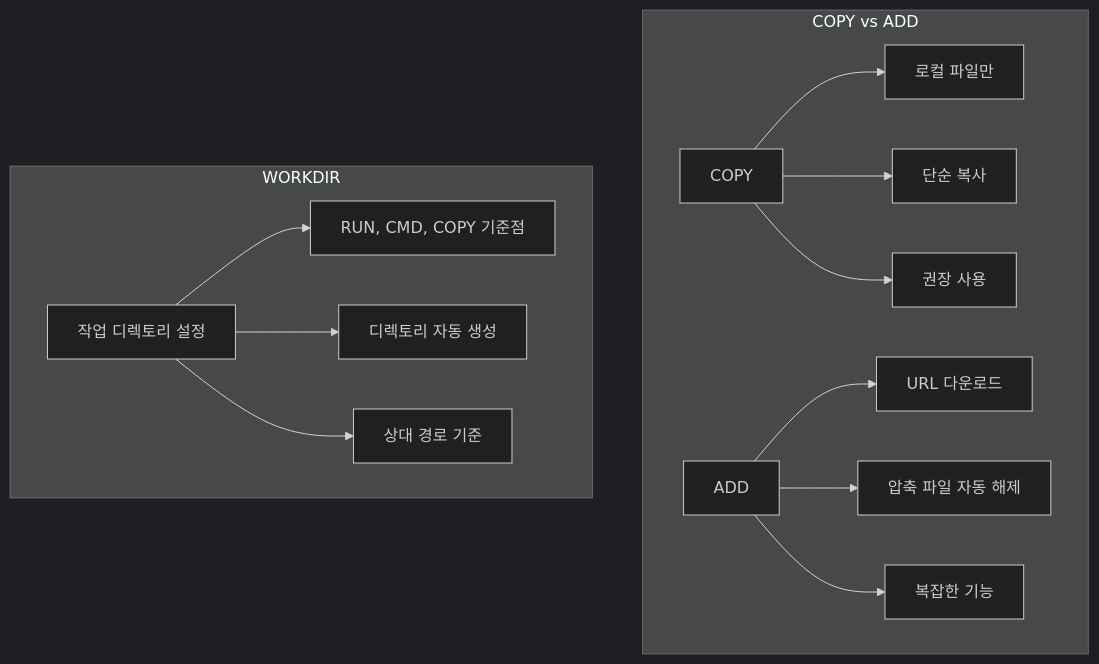
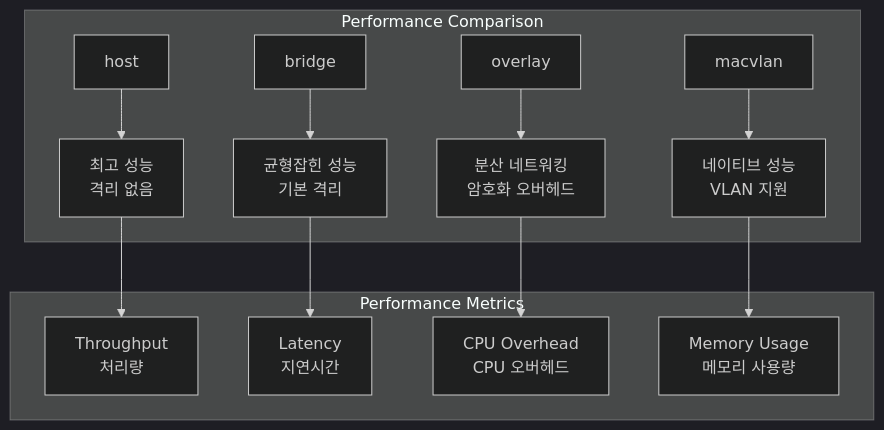
One commit to niceguy61/kdt_devops_lecture_2025 changed the first of 2 diagrams in week_02/day_02/session_03.md. Above: the diagram before and after it, drawn with Mermaid (dark theme). The commit also changed other lines of this file and 41 other files, not shown here.

````diff
--- a/week_02/day_02/session_03.md
+++ b/week_02/day_02/session_03.md
@@ -15,18 +15,21 @@
 ```mermaid
 graph TB
-    subgraph "COPY vs ADD"
-        A[COPY] --> B[로컬 파일만]
-        A --> C[단순 복사]
-        A --> D[권장 사용]
-        
-        E[ADD] --> F[URL 다운로드]
-        E --> G[압축 파일 자동 해제]
-        E --> H[복잡한 기능]
+    subgraph "Performance Comparison"
+        A[host] --> B[최고 성능<br/>격리 없음]
+        C[bridge] --> D[균형잡힌 성능<br/>기본 격리]
+        E[overlay] --> F[분산 네트워킹<br/>암호화 오버헤드]
+        G[macvlan] --> H[네이티브 성능<br/>VLAN 지원]
     end
     
-    subgraph "WORKDIR"
-        I[작업 디렉토리 설정] --> J[RUN, CMD, COPY 기준점]
-        I --> K[디렉토리 자동 생성]
-        I --> L[상대 경로 기준]
+    subgraph "Performance Metrics"
+        I[Throughput<br/>처리량]
+        J[Latency<br/>지연시간]
+        K[CPU Overhead<br/>CPU 오버헤드]
+        L[Memory Usage<br/>메모리 사용량]
     end
+    
+    B --> I
+    D --> J
+    F --> K
+    H --> L
 ```
````
